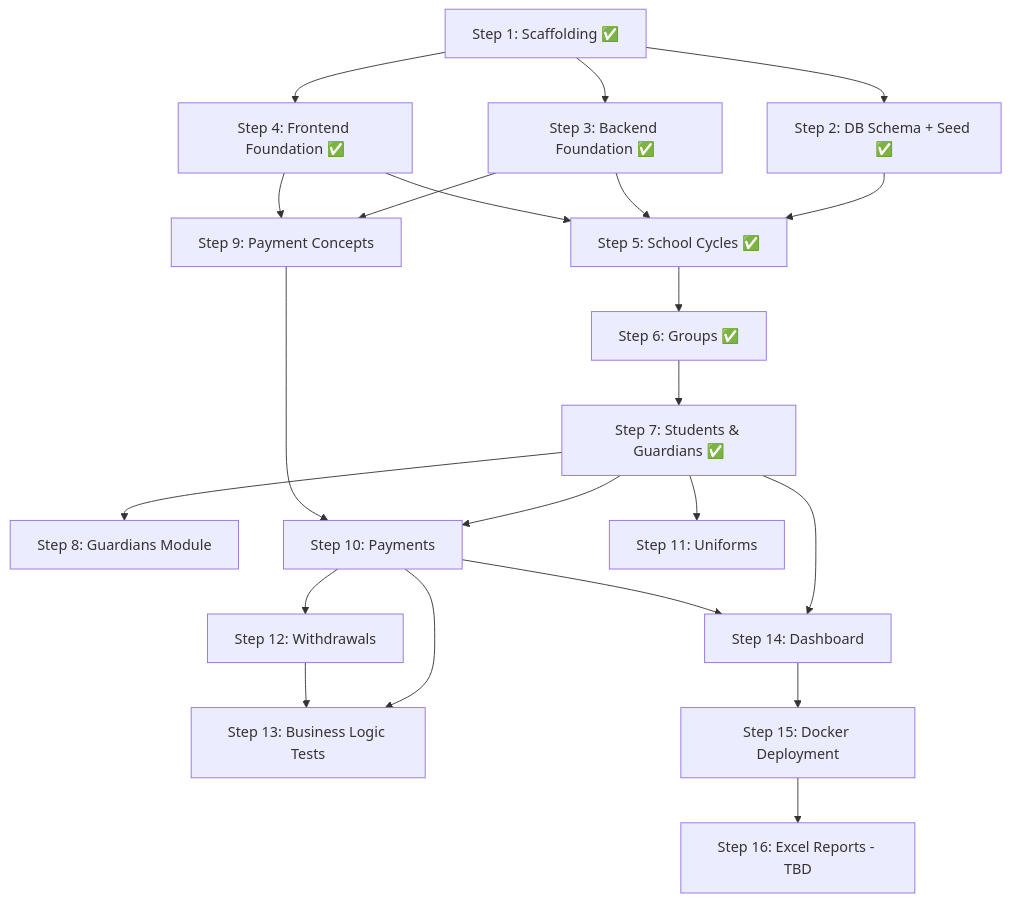
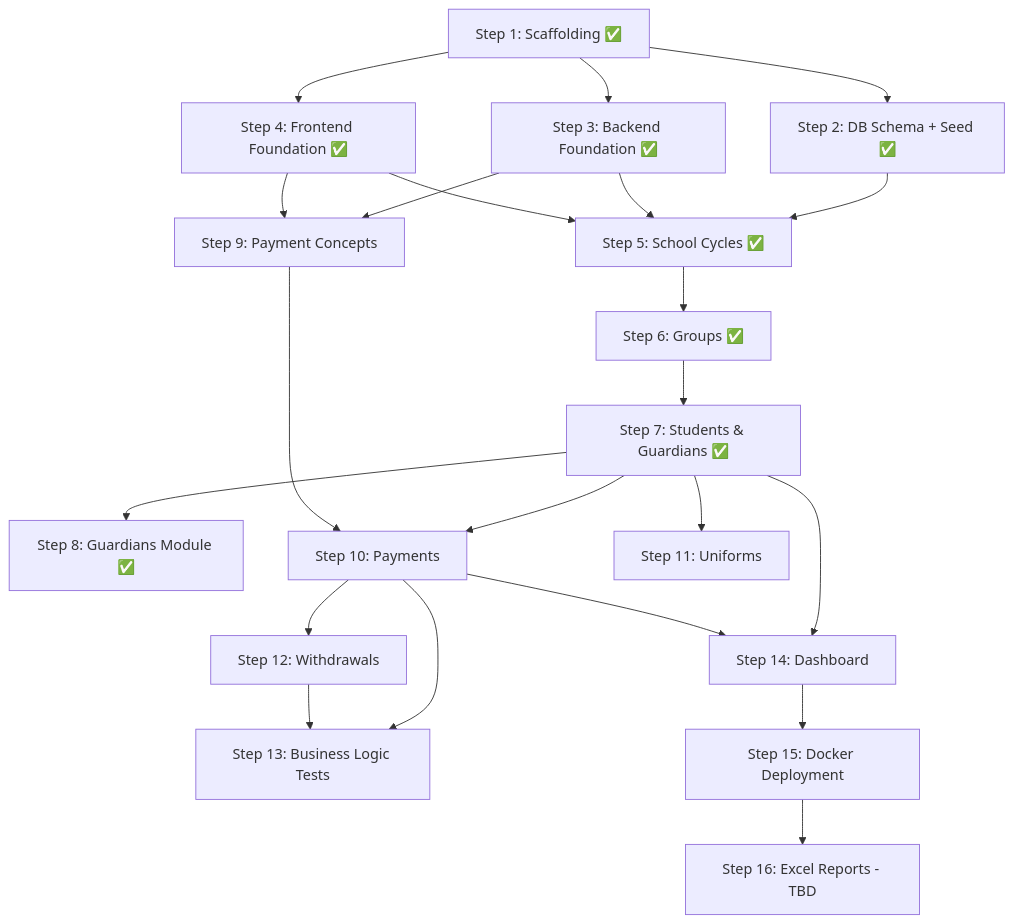
Before and after one commit to OmarERz/Sistema_Gestion_Escolar: the diagram in docs/implementation-plan.md, drawn with Mermaid. The commit also changed other lines of this file and 12 other files, not shown here.

First line of the commit message:
Implement Guardians Module (Step 8)

````diff
--- a/docs/implementation-plan.md
+++ b/docs/implementation-plan.md
@@ -393,34 +396,34 @@
 ```mermaid
 graph TD
     S1[Step 1: Scaffolding ✅] --> S2[Step 2: DB Schema + Seed ✅]
     S1 --> S3[Step 3: Backend Foundation ✅]
     S1 --> S4[Step 4: Frontend Foundation ✅]
 
     S2 --> S5[Step 5: School Cycles ✅]
     S3 --> S5
     S4 --> S5
 
     S5 --> S6[Step 6: Groups ✅]
     S6 --> S7[Step 7: Students & Guardians ✅]
 
-    S7 --> S8[Step 8: Guardians Module]
+    S7 --> S8[Step 8: Guardians Module ✅]
 
     S3 --> S9[Step 9: Payment Concepts]
     S4 --> S9
 
     S7 --> S10[Step 10: Payments]
     S9 --> S10
 
     S7 --> S11[Step 11: Uniforms]
     S10 --> S12[Step 12: Withdrawals]
 
     S10 --> S13[Step 13: Business Logic Tests]
     S12 --> S13
 
     S7 --> S14[Step 14: Dashboard]
     S10 --> S14
 
     S14 --> S15[Step 15: Docker Deployment]
 
     S15 --> S16[Step 16: Excel Reports - TBD]
 ```
````
